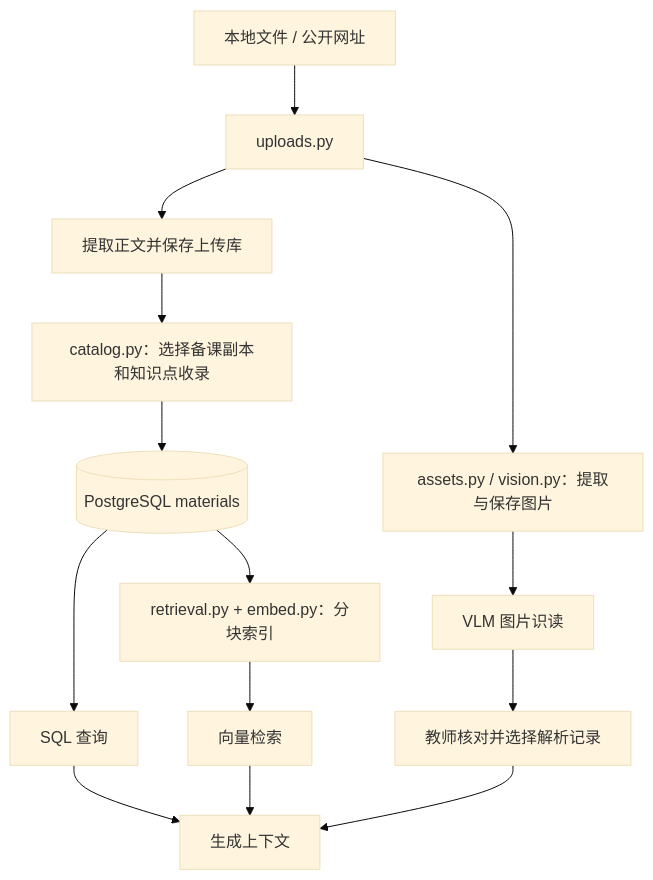
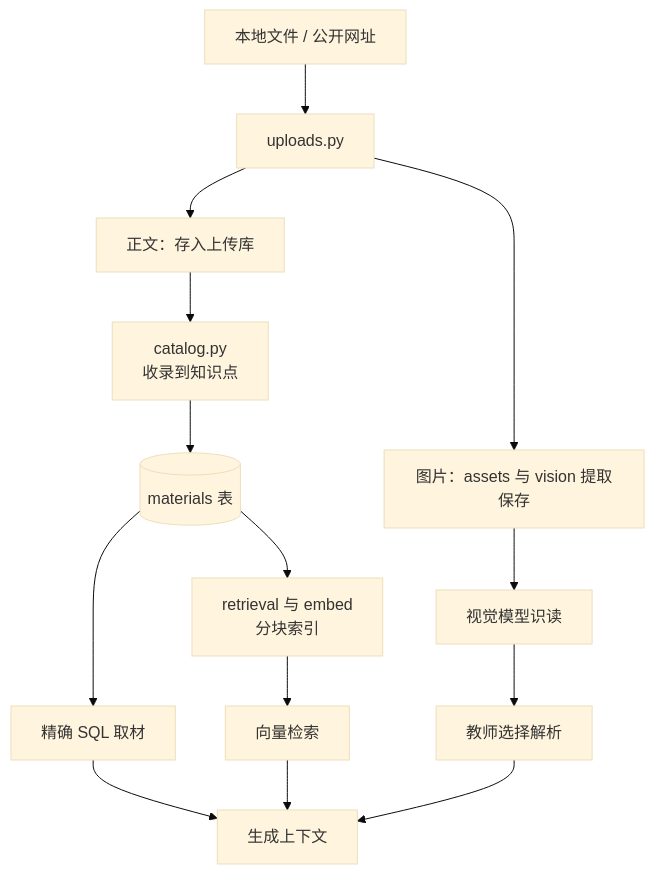
The fifth of 5 diagrams in project_map.md (qweasdqwe11113-crypto/Personalized-lecture-notes), drawn with Mermaid (base theme) before and after one commit. The commit also changed other lines of this file and 9 other files, not shown here.

First line of the commit message:
精简文档：重写 README 与 project_map，细节移入 docs/features.md，修复图表语法

````diff
--- a/project_map.md
+++ b/project_map.md
@@ -241,16 +170,16 @@
 ```mermaid
 flowchart TD
-    F[本地文件 / 公开网址] --> U[uploads.py]
-    U --> TXT[提取正文并保存上传库]
-    U --> IMG[assets.py / vision.py：提取与保存图片]
-    TXT --> C[catalog.py：选择备课副本和知识点收录]
-    C --> MT[(PostgreSQL materials)]
-    MT --> SQL[SQL 查询]
-    MT --> IDX[retrieval.py + embed.py：分块索引]
-    IDX --> VS[向量检索]
-    IMG --> VLM[VLM 图片识读]
-    VLM --> SEL[教师核对并选择解析记录]
-    SQL --> CTX[生成上下文]
+    F["本地文件 / 公开网址"] --> U["uploads.py"]
+    U --> TXT["正文：存入上传库"]
+    U --> IMG["图片：assets 与 vision 提取保存"]
+    TXT --> C["catalog.py<br/>收录到知识点"]
+    C --> MT[("materials 表")]
+    MT --> SQL["精确 SQL 取材"]
+    MT --> IDX["retrieval 与 embed<br/>分块索引"]
+    IDX --> VS["向量检索"]
+    IMG --> VR["视觉模型识读"]
+    VR --> SEL["教师选择解析"]
+    SQL --> CTX["生成上下文"]
     VS --> CTX
     SEL --> CTX
 ```
````
